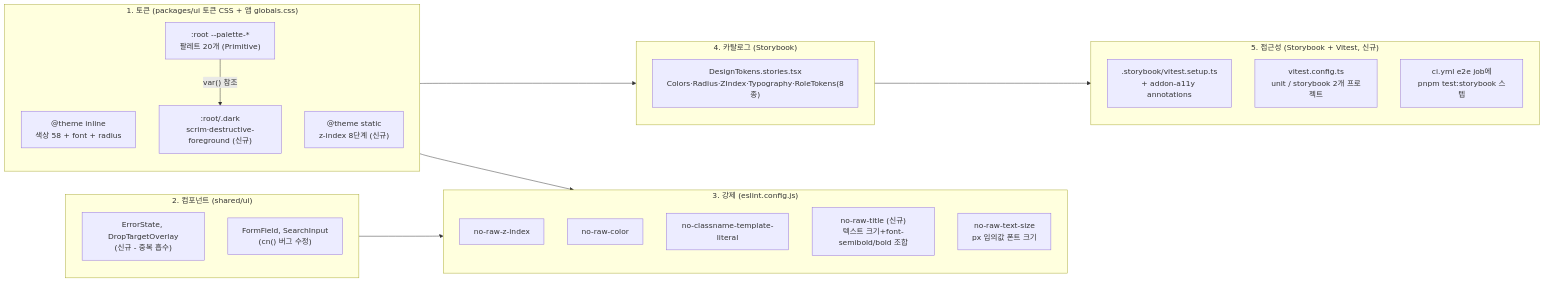
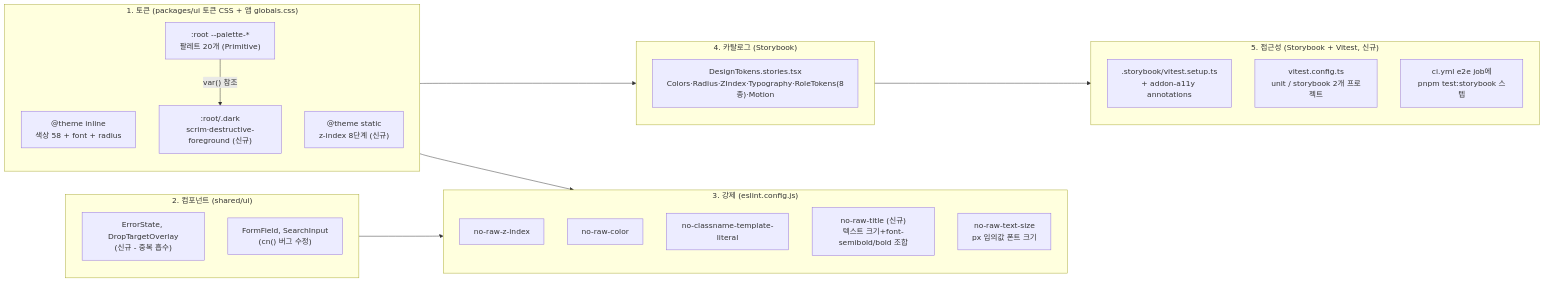
The second of 3 diagrams in docs/DESIGN-SYSTEM.md (BAECHAN/link-sphere_FE_NEW), drawn with Mermaid before and after one commit. The commit also changed other lines of this file and 44 other files, not shown here.

````diff
--- a/docs/DESIGN-SYSTEM.md
+++ b/docs/DESIGN-SYSTEM.md
@@ -88,33 +88,33 @@
 ```mermaid
 flowchart LR
     subgraph tokens ["1. 토큰 (packages/ui 토큰 CSS + 앱 globals.css)"]
         T1["@theme inline<br/>색상 58 + font + radius"]
         T2["@theme static<br/>z-index 8단계 (신규)"]
         T3[":root/.dark<br/>scrim·destructive-foreground (신규)"]
         T0[":root --palette-*<br/>팔레트 20개 (Primitive)"]
     end
     T0 -->|"var() 참조"| T3
     subgraph components ["2. 컴포넌트 (shared/ui)"]
         C1["ErrorState, DropTargetOverlay<br/>(신규 - 중복 흡수)"]
         C2["FormField, SearchInput<br/>(cn() 버그 수정)"]
     end
     subgraph enforce ["3. 강제 (eslint.config.js)"]
         E1["no-raw-z-index"]
         E2["no-raw-color"]
         E3["no-classname-template-literal"]
         E4["no-raw-title (신규)<br/>텍스트 크기+font-semibold/bold 조합"]
         E5["no-raw-text-size<br/>px 임의값 폰트 크기"]
     end
     subgraph catalog ["4. 카탈로그 (Storybook)"]
-        S1["DesignTokens.stories.tsx<br/>Colors·Radius·ZIndex·Typography·RoleTokens(8종)"]
+        S1["DesignTokens.stories.tsx<br/>Colors·Radius·ZIndex·Typography·RoleTokens(8종)·Motion"]
     end
     subgraph a11y ["5. 접근성 (Storybook + Vitest, 신규)"]
         AX1[".storybook/vitest.setup.ts<br/>+ addon-a11y annotations"]
         AX2["vitest.config.ts<br/>unit / storybook 2개 프로젝트"]
         AX3["ci.yml e2e job에<br/>pnpm test:storybook 스텝"]
     end
     tokens --> enforce
     components --> enforce
     tokens --> catalog
     catalog --> a11y
 ```
````
